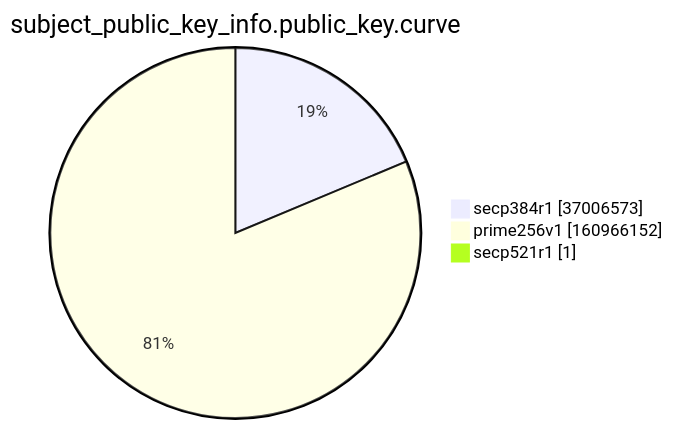
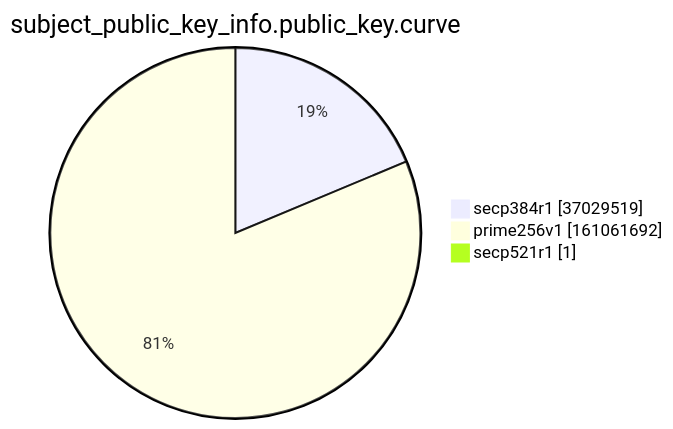
Before and after one commit to christiankrug/ctmonitor_visualization: the ninth of 15 diagrams in argon2022/README.md, drawn with Mermaid. The commit also changed other lines of this file, not shown here.

````diff
--- a/argon2022/README.md
+++ b/argon2022/README.md
@@ -2766,7 +2766,7 @@
 ```mermaid
 pie showData
 title subject_public_key_info.public_key.curve
-"secp384r1" :37006573
-"prime256v1" :160966152
+"secp384r1" :37029519
+"prime256v1" :161061692
 "secp521r1" :1
 ```
````
